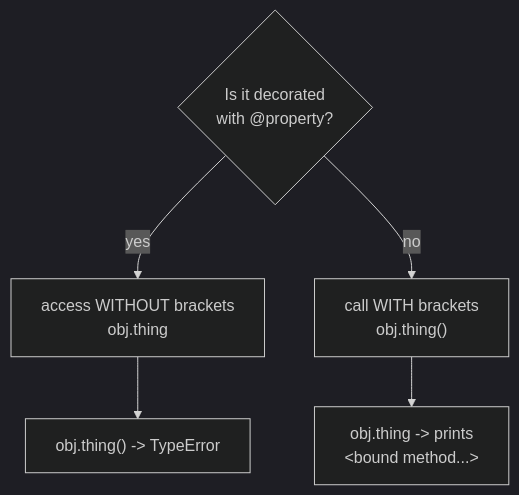
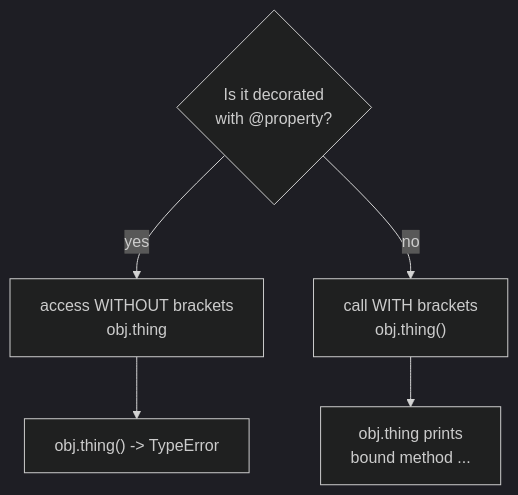
The third of 3 diagrams in course/APPENDIX-classes.md (vasa-hadzheha/Python-basics), drawn with Mermaid (dark theme) before and after one commit. The commit also changed 9 other files, not shown here.

````diff
--- a/course/APPENDIX-classes.md
+++ b/course/APPENDIX-classes.md
@@ -224,8 +224,8 @@
 ```mermaid
 flowchart TD
     Q{"Is it decorated<br/>with @property?"}
     Q -- yes --> P["access WITHOUT brackets<br/>obj.thing"]
     Q -- no --> M["call WITH brackets<br/>obj.thing()"]
     P --> W1["obj.thing() -> TypeError"]
-    M --> W2["obj.thing -> prints<br/>&lt;bound method...&gt;"]
+    M --> W2["obj.thing prints<br/>bound method ..."]
 ```
````
